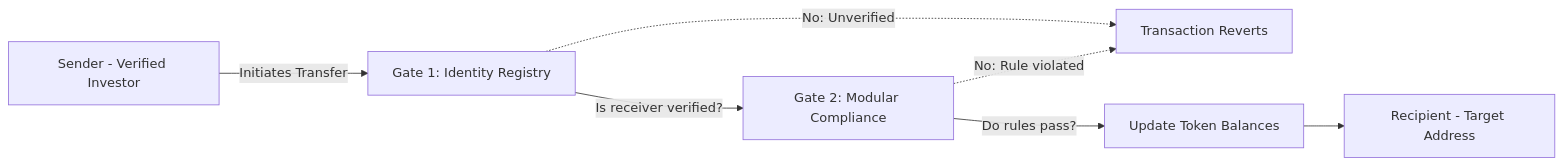
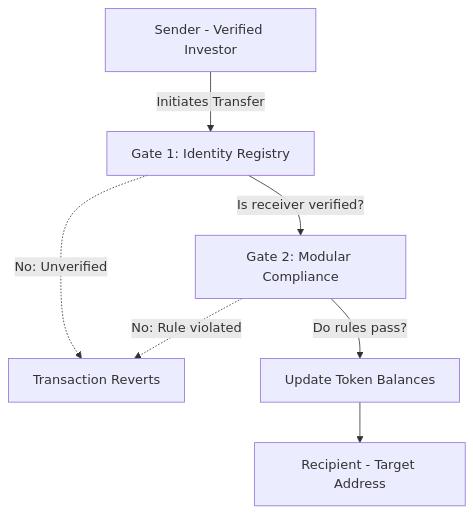
Before and after one commit to jevinjojo/AssetGate: the diagram in README.md, drawn with Mermaid.

Commit message:
docs: restore TD layout

````diff
--- a/README.md
+++ b/README.md
@@ -97,12 +97,12 @@
 ```mermaid
-flowchart LR
+flowchart TD
     Sender[Sender - Verified Investor] -->|Initiates Transfer| Gate1[Gate 1: Identity Registry]
     
     Gate1 -->|Is receiver verified?| Gate2[Gate 2: Modular Compliance]
     Gate1 -.->|No: Unverified| Revert[Transaction Reverts]
     
     Gate2 -->|Do rules pass?| Success[Update Token Balances]
     Gate2 -.->|No: Rule violated| Revert
     
     Success --> Recipient[Recipient - Target Address]
 ```
````
